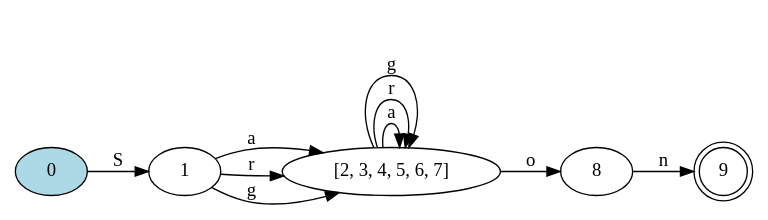
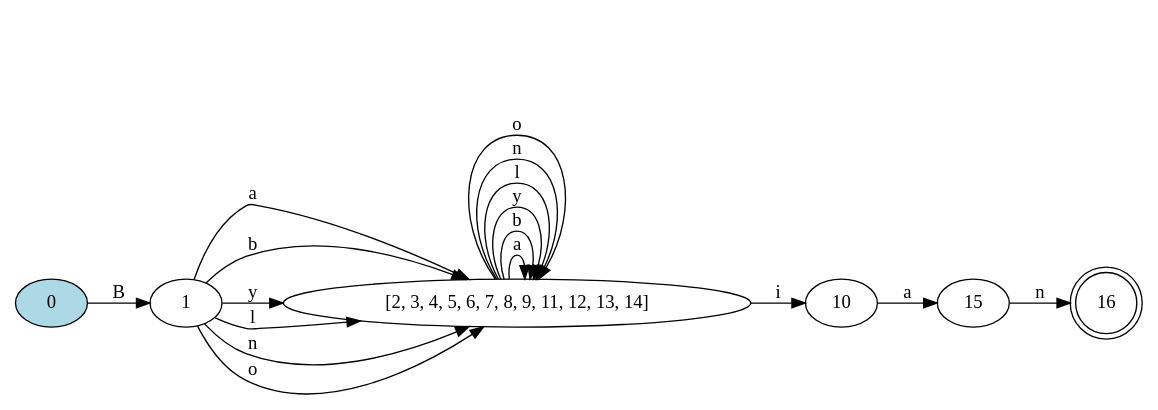
One commit to Daniel-Sima/Clone-of-the-egrep-UNIX-command changed the diagram in Min-DFA.dot. Above: the diagram before and after it, drawn with Graphviz. The commit also changed 16 other files, not shown here.

```diff
--- a/Min-DFA.dot
+++ b/Min-DFA.dot
@@ -1,16 +1,23 @@
 digraph {
 	rankdir=LR;
 
-	"9" [shape=doublecircle]
+	"16" [shape=doublecircle]
 	0 [style=filled, fillcolor="lightblue"]
 
-	0->1 [label= "S"];
-	8->9 [label= "n"];
-	1->"[2, 3, 4, 5, 6, 7]" [label= "a"];
-	1->"[2, 3, 4, 5, 6, 7]" [label= "r"];
-	1->"[2, 3, 4, 5, 6, 7]" [label= "g"];
-	"[2, 3, 4, 5, 6, 7]"->"[2, 3, 4, 5, 6, 7]" [label= "a"];
-	"[2, 3, 4, 5, 6, 7]"->"[2, 3, 4, 5, 6, 7]" [label= "r"];
-	"[2, 3, 4, 5, 6, 7]"->"[2, 3, 4, 5, 6, 7]" [label= "g"];
-	"[2, 3, 4, 5, 6, 7]"->8 [label= "o"];
+	0->1 [label= "B"];
+	15->16 [label= "n"];
+	10->15 [label= "a"];
+	"[2, 3, 4, 5, 6, 7, 8, 9, 11, 12, 13, 14]"->"[2, 3, 4, 5, 6, 7, 8, 9, 11, 12, 13, 14]" [label= "a"];
+	"[2, 3, 4, 5, 6, 7, 8, 9, 11, 12, 13, 14]"->"[2, 3, 4, 5, 6, 7, 8, 9, 11, 12, 13, 14]" [label= "b"];
+	"[2, 3, 4, 5, 6, 7, 8, 9, 11, 12, 13, 14]"->10 [label= "i"];
+	"[2, 3, 4, 5, 6, 7, 8, 9, 11, 12, 13, 14]"->"[2, 3, 4, 5, 6, 7, 8, 9, 11, 12, 13, 14]" [label= "y"];
+	"[2, 3, 4, 5, 6, 7, 8, 9, 11, 12, 13, 14]"->"[2, 3, 4, 5, 6, 7, 8, 9, 11, 12, 13, 14]" [label= "l"];
+	"[2, 3, 4, 5, 6, 7, 8, 9, 11, 12, 13, 14]"->"[2, 3, 4, 5, 6, 7, 8, 9, 11, 12, 13, 14]" [label= "n"];
+	"[2, 3, 4, 5, 6, 7, 8, 9, 11, 12, 13, 14]"->"[2, 3, 4, 5, 6, 7, 8, 9, 11, 12, 13, 14]" [label= "o"];
+	1->"[2, 3, 4, 5, 6, 7, 8, 9, 11, 12, 13, 14]" [label= "a"];
+	1->"[2, 3, 4, 5, 6, 7, 8, 9, 11, 12, 13, 14]" [label= "b"];
+	1->"[2, 3, 4, 5, 6, 7, 8, 9, 11, 12, 13, 14]" [label= "y"];
+	1->"[2, 3, 4, 5, 6, 7, 8, 9, 11, 12, 13, 14]" [label= "l"];
+	1->"[2, 3, 4, 5, 6, 7, 8, 9, 11, 12, 13, 14]" [label= "n"];
+	1->"[2, 3, 4, 5, 6, 7, 8, 9, 11, 12, 13, 14]" [label= "o"];
 }
```
